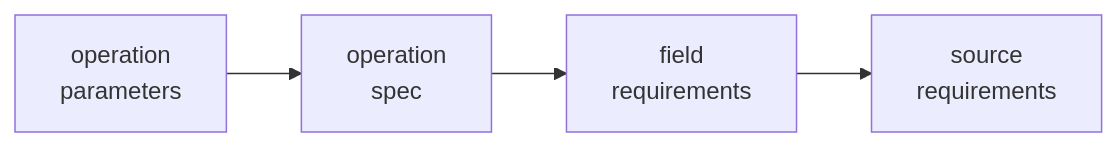
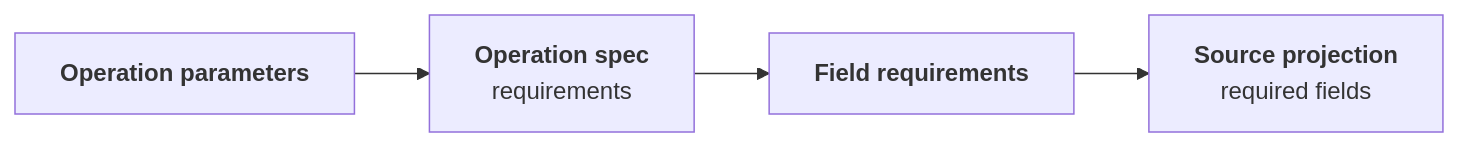
One commit to FAST-HEP/fasthep-flow changed the third of 6 diagrams in docs/execution/compilation.md. Above: the diagram before and after it, drawn with Mermaid. The commit also changed other lines of this file and 7 other files, not shown here.

````diff
--- a/docs/execution/compilation.md
+++ b/docs/execution/compilation.md
@@ -225,9 +236,9 @@
 ```{mermaid}
 flowchart LR
-    Params["operation<br/>parameters"]
-    Spec["operation<br/>spec"]
-    Requirement["field<br/>requirements"]
-    Source["source<br/>requirements"]
+    Params["<b>Operation parameters</b>"]:::capability
+    Spec["<b>Operation spec</b><br/>requirements"]:::flow
+    Requirement["<b>Field requirements</b>"]:::flow
+    Source["<b>Source projection</b><br/>required fields"]:::source
 
     Params --> Spec --> Requirement --> Source
 ```
````
